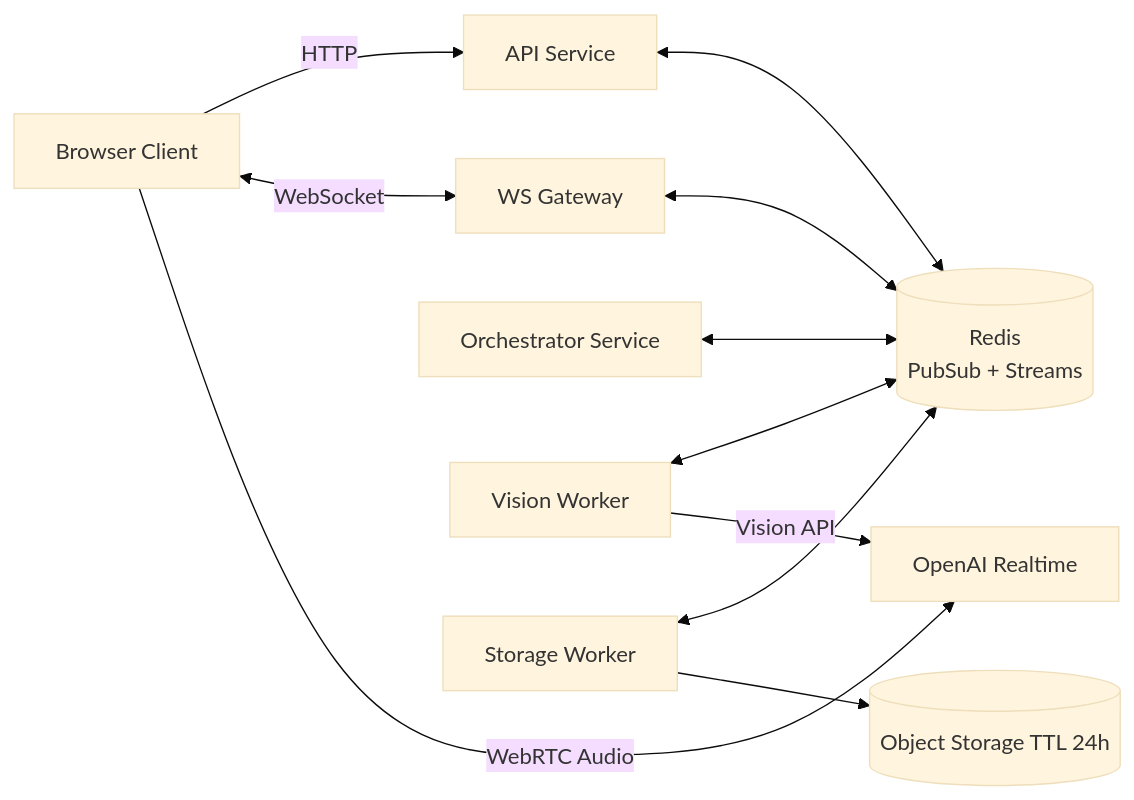
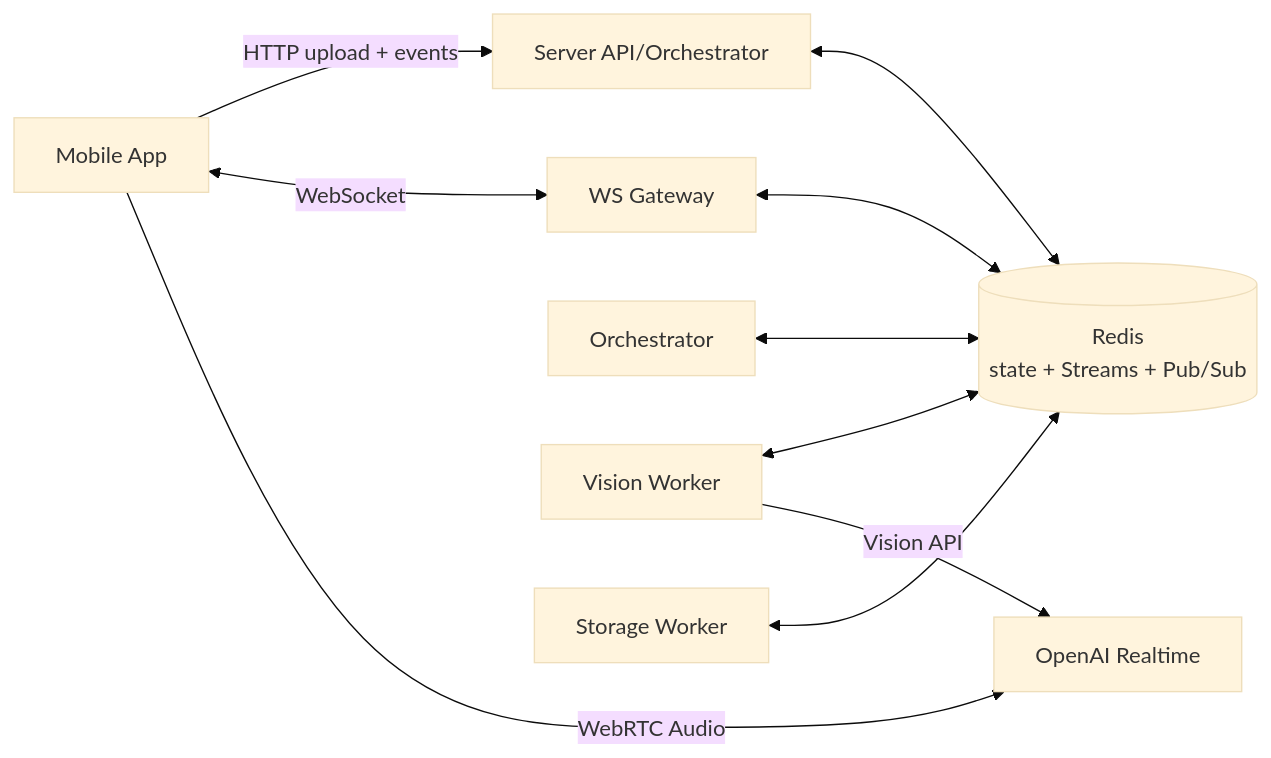
The first of 3 diagrams in Plan.md (VasyaLutiy/GardenAI), drawn with Mermaid (base theme) before and after one commit. The commit also changed other lines of this file and 7 other files, not shown here.

````diff
--- a/Plan.md
+++ b/Plan.md
@@ -139,15 +144,14 @@
 ```mermaid
 flowchart LR
-    U[Browser Client] -->|HTTP| API[API Service]
-    U <-->|WebSocket| WSG[WS Gateway]
-    U -->|WebRTC Audio| OAI[OpenAI Realtime]
+    M[Mobile App] -->|HTTP upload + events| API[Server API/Orchestrator]
+    M <-->|WebSocket| WSG[WS Gateway]
+    M -->|WebRTC Audio| OAI[OpenAI Realtime]
 
-    API <--> R[(Redis\nPubSub + Streams)]
+    API <--> R[(Redis\nstate + Streams + Pub/Sub)]
     WSG <--> R
-    ORCH[Orchestrator Service] <--> R
+    ORCH[Orchestrator] <--> R
     VW[Vision Worker] <--> R
     SW[Storage Worker] <--> R
 
     VW -->|Vision API| OAI
-    SW --> S3[(Object Storage TTL 24h)]
 ```
````
